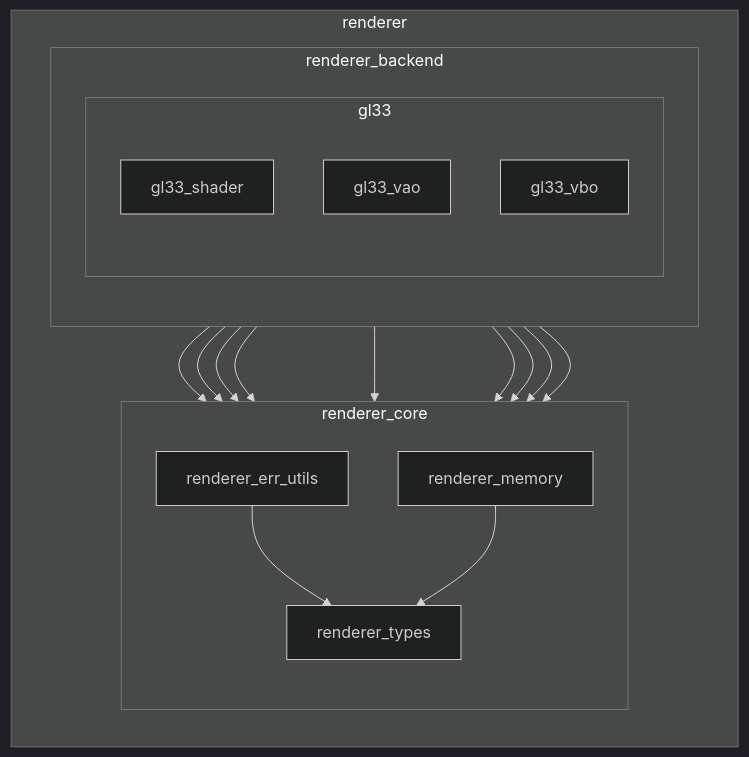
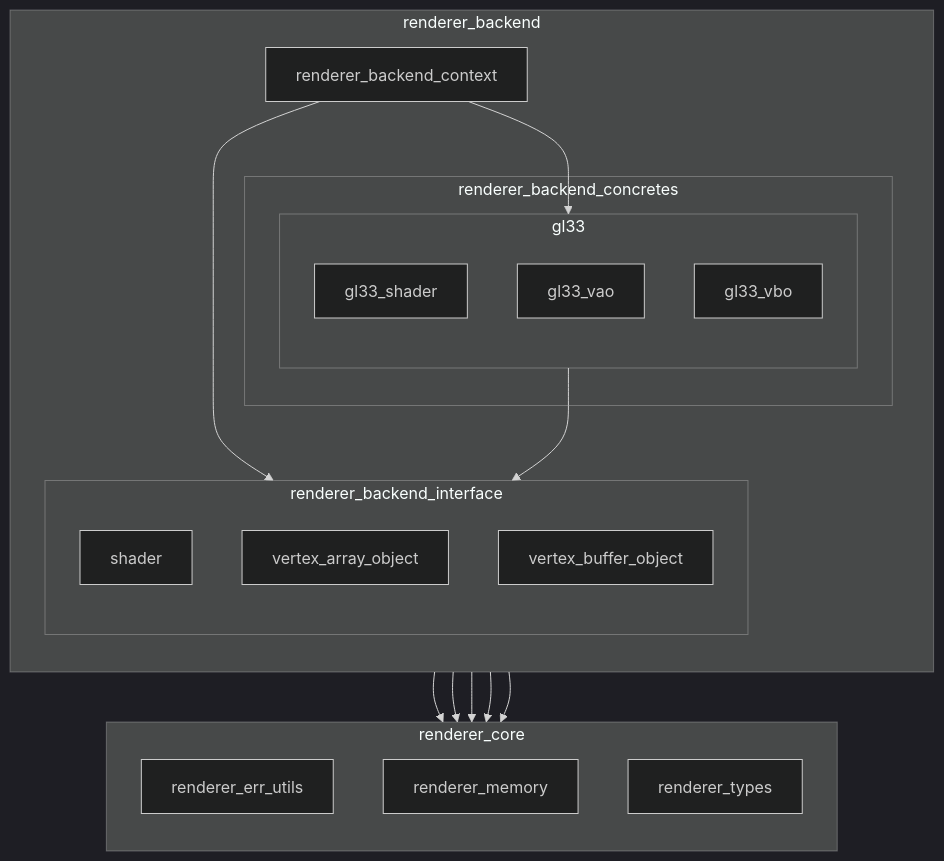
One commit to chocolate-pie24/gl_choco_engine changed the third of 3 diagrams in docs/layer.md. Above: the diagram before and after it, drawn with Mermaid (dark theme). The commit also changed other lines of this file, not shown here.

````diff
--- a/docs/layer.md
+++ b/docs/layer.md
@@ -214,33 +129,41 @@
 ```mermaid
 graph TD
-  subgraph RENDERER[renderer]
+  subgraph RENDERER_CORE[renderer_core]
     direction TB
-    subgraph RENDERER_BACKEND[renderer_backend]
+    RENDERER_ERR_UTILS[renderer_err_utils]
+    RENDERER_MEMORY[renderer_memory]
+    RENDERER_TYPES[renderer_types]
+  end
+
+  subgraph RENDERER_BACKEND[renderer_backend]
+    direction TB
+    RENDERER_BACKEND_CONTEXT[renderer_backend_context]
+
+    subgraph RENDERER_BACKEND_INTERFACE[renderer_backend_interface]
       direction TB
+      SHADER[shader]
+      VERTEX_ARRAY_OBJECT[vertex_array_object]
+      VERTEX_BUFFER_OBJECT[vertex_buffer_object]
+    end
+
+    subgraph RENDERER_BACKEND_CONCRETES[renderer_backend_concretes]
       subgraph GL33[gl33]
         direction TB
         GL33_SHADER[gl33_shader]
         GL33_VAO[gl33_vao]
         GL33_VBO[gl33_vbo]
       end
     end
-    subgraph RENDERER_CORE[renderer_core]
-      direction TB
-      RENDERER_ERR_UTILS[renderer_err_utils]
-      RENDERER_MEMORY[renderer_memory]
-      RENDERER_TYPES[renderer_types]
-    end
   end
-  GL33_SHADER --> RENDERER_TYPES
-  GL33_SHADER --> RENDERER_MEMORY
-  GL33_SHADER --> RENDERER_ERR_UTILS
 
-  GL33_VAO --> RENDERER_TYPES
-  GL33_VAO --> RENDERER_ERR_UTILS
-  GL33_VAO --> RENDERER_MEMORY
-  GL33_VBO --> RENDERER_TYPES
-  GL33_VBO --> RENDERER_ERR_UTILS
-  GL33_VBO --> RENDERER_MEMORY
-  RENDERER_ERR_UTILS --> RENDERER_TYPES
-  RENDERER_MEMORY --> RENDERER_TYPES
+  RENDERER_BACKEND_CONTEXT --> RENDERER_TYPES
+  RENDERER_BACKEND_CONTEXT --> RENDERER_ERR_UTILS
+  RENDERER_BACKEND_CONTEXT --> RENDERER_BACKEND_INTERFACE
+  RENDERER_BACKEND_CONTEXT --> GL33
+
+  GL33 --> RENDERER_BACKEND_INTERFACE
+  GL33 --> RENDERER_MEMORY
+
+  RENDERER_BACKEND_INTERFACE --> RENDERER_TYPES
+  GL33 --> RENDERER_ERR_UTILS
 ```
````
